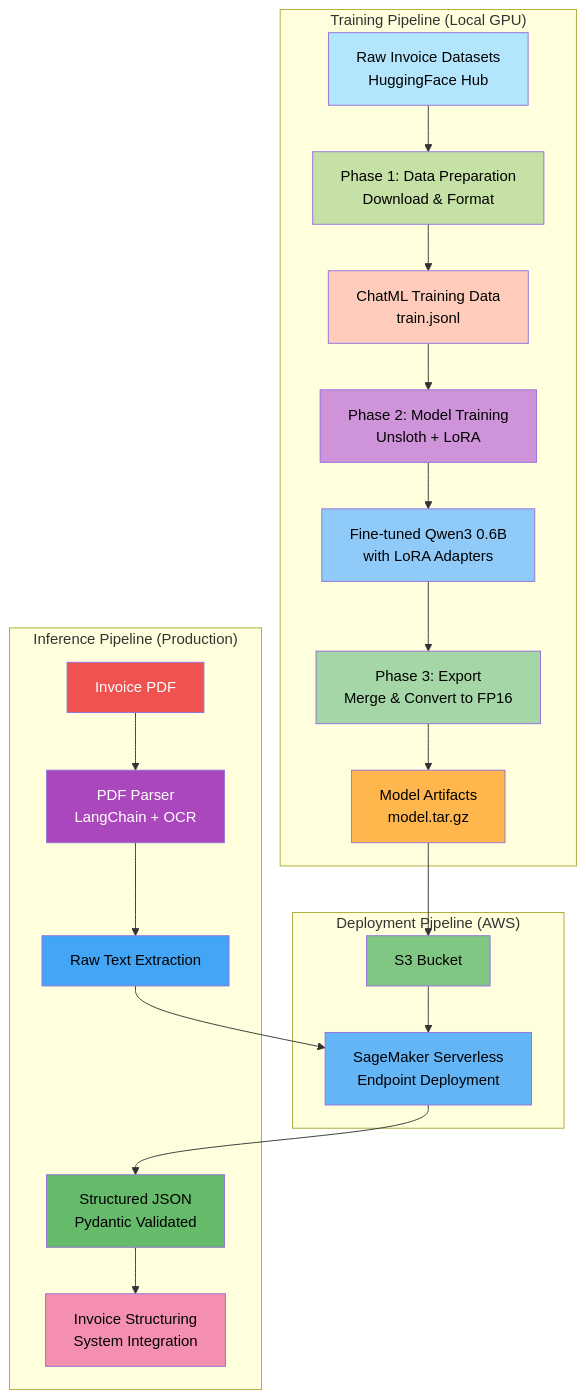
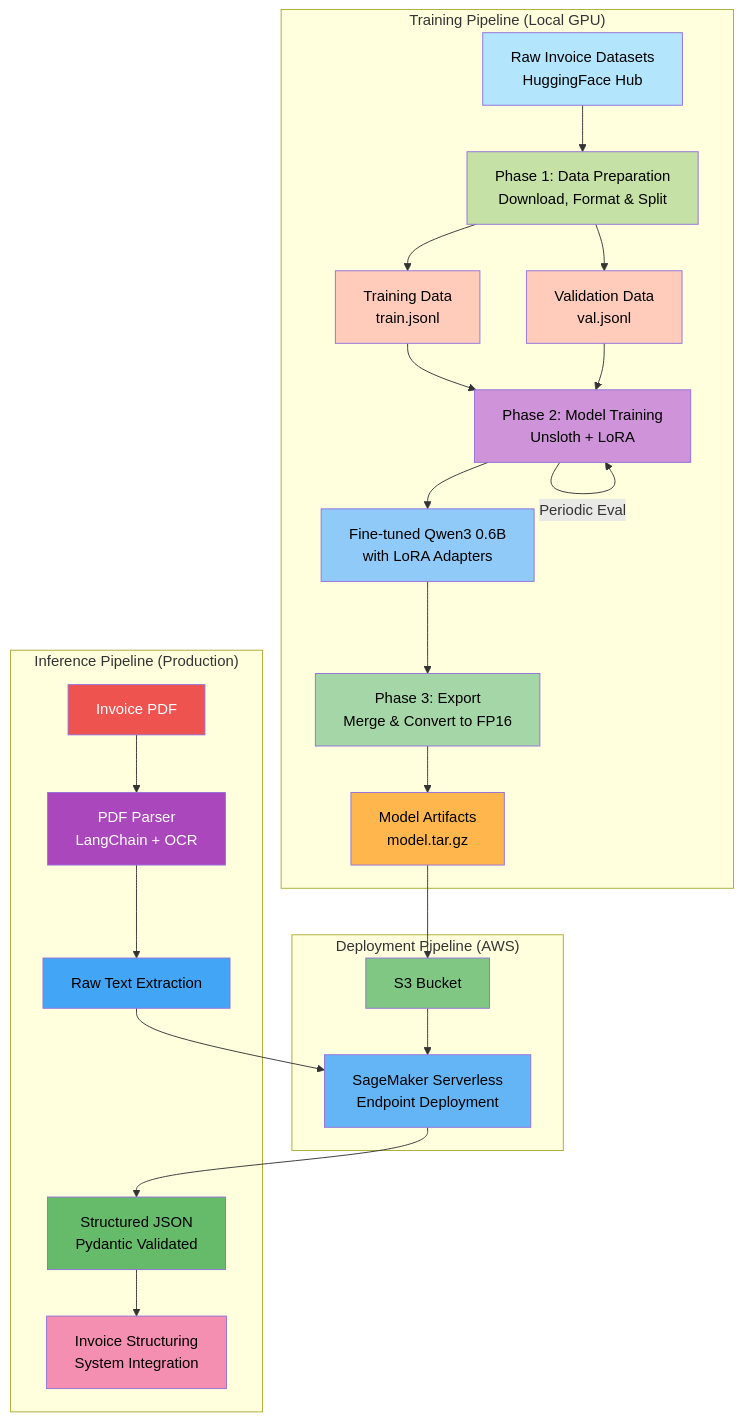
Before and after one commit to h19overflow/Qwen3-invoice-extractor: the first of 7 diagrams in README.md, drawn with Mermaid. The commit also changed other lines of this file and 2 other files, not shown here.

Commit message:
Strengthen data validation and training config

````diff
--- a/README.md
+++ b/README.md
@@ -20,39 +24,42 @@
 ```mermaid
 graph TB
     subgraph "Training Pipeline (Local GPU)"
-        A[Raw Invoice Datasets<br/>HuggingFace Hub] --> B[Phase 1: Data Preparation<br/>Download & Format]
-        B --> C[ChatML Training Data<br/>train.jsonl]
-        C --> D[Phase 2: Model Training<br/>Unsloth + LoRA]
+        A[Raw Invoice Datasets<br/>HuggingFace Hub] --> B[Phase 1: Data Preparation<br/>Download, Format & Split]
+        B --> C1[Training Data<br/>train.jsonl]
+        B --> C2[Validation Data<br/>val.jsonl]
+        C1 & C2 --> D[Phase 2: Model Training<br/>Unsloth + LoRA]
+        D -->|Periodic Eval| D
         D --> E[Fine-tuned Qwen3 0.6B<br/>with LoRA Adapters]
         E --> F[Phase 3: Export<br/>Merge & Convert to FP16]
         F --> G[Model Artifacts<br/>model.tar.gz]
     end
 
     subgraph "Deployment Pipeline (AWS)"
         G --> H[S3 Bucket]
         H --> I[SageMaker Serverless<br/>Endpoint Deployment]
     end
 
     subgraph "Inference Pipeline (Production)"
         J[Invoice PDF] --> K[PDF Parser<br/>LangChain + OCR]
         K --> L[Raw Text Extraction]
         L --> I
         I --> M[Structured JSON<br/>Pydantic Validated]
         M --> N[Invoice Structuring<br/>System Integration]
     end
 
     style A fill:#b3e5fc,color:#000
     style B fill:#c5e1a5,color:#000
-    style C fill:#ffccbc,color:#000
+    style C1 fill:#ffccbc,color:#000
+    style C2 fill:#ffccbc,color:#000
     style D fill:#ce93d8,color:#000
     style E fill:#90caf9,color:#000
     style F fill:#a5d6a7,color:#000
     style G fill:#ffb74d,color:#000
     style H fill:#81c784,color:#000
     style I fill:#64b5f6,color:#000
     style J fill:#ef5350,color:#fff
     style K fill:#ab47bc,color:#fff
     style L fill:#42a5f5,color:#000
     style M fill:#66bb6a,color:#000
     style N fill:#f48fb1,color:#000
 ```
````
